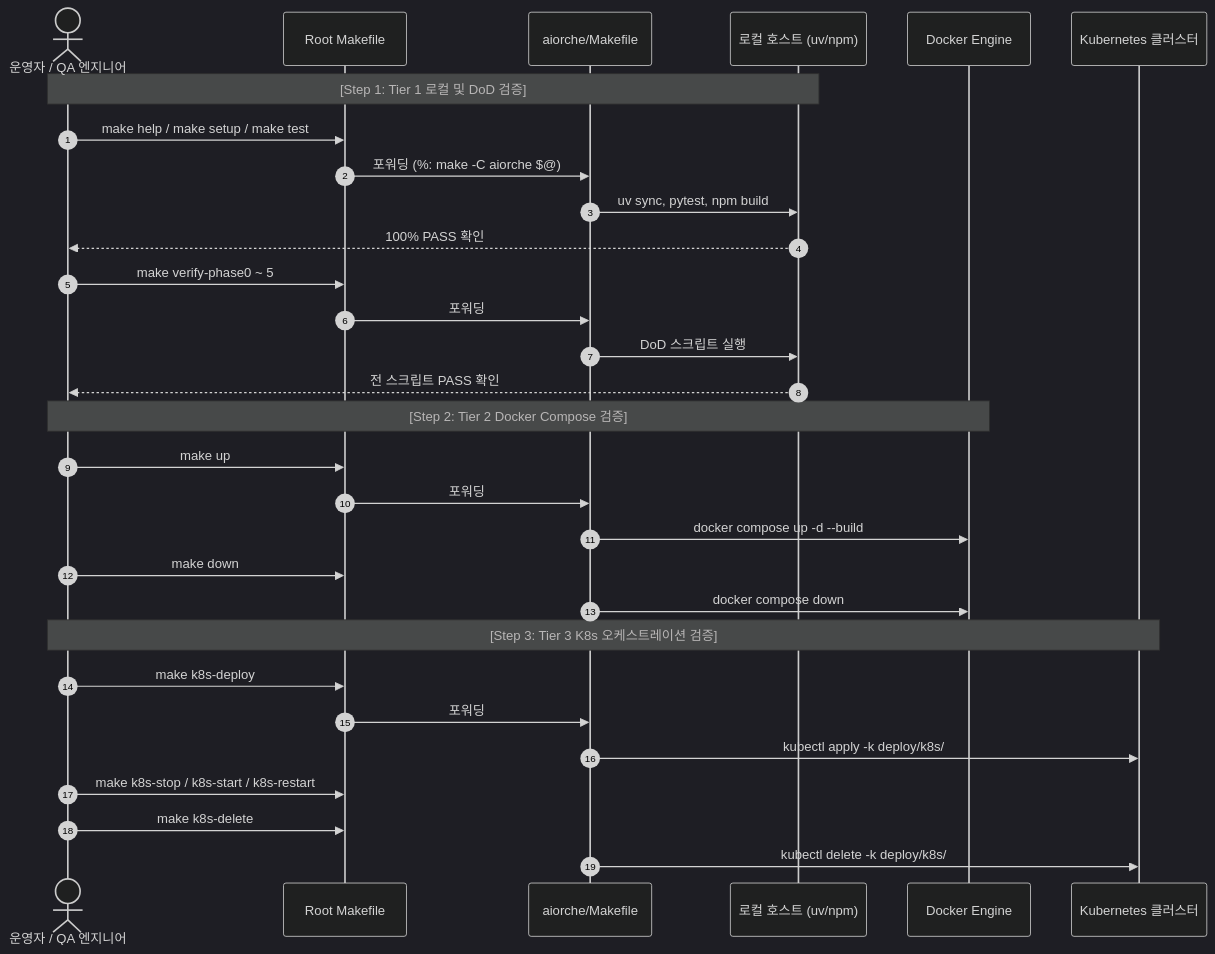
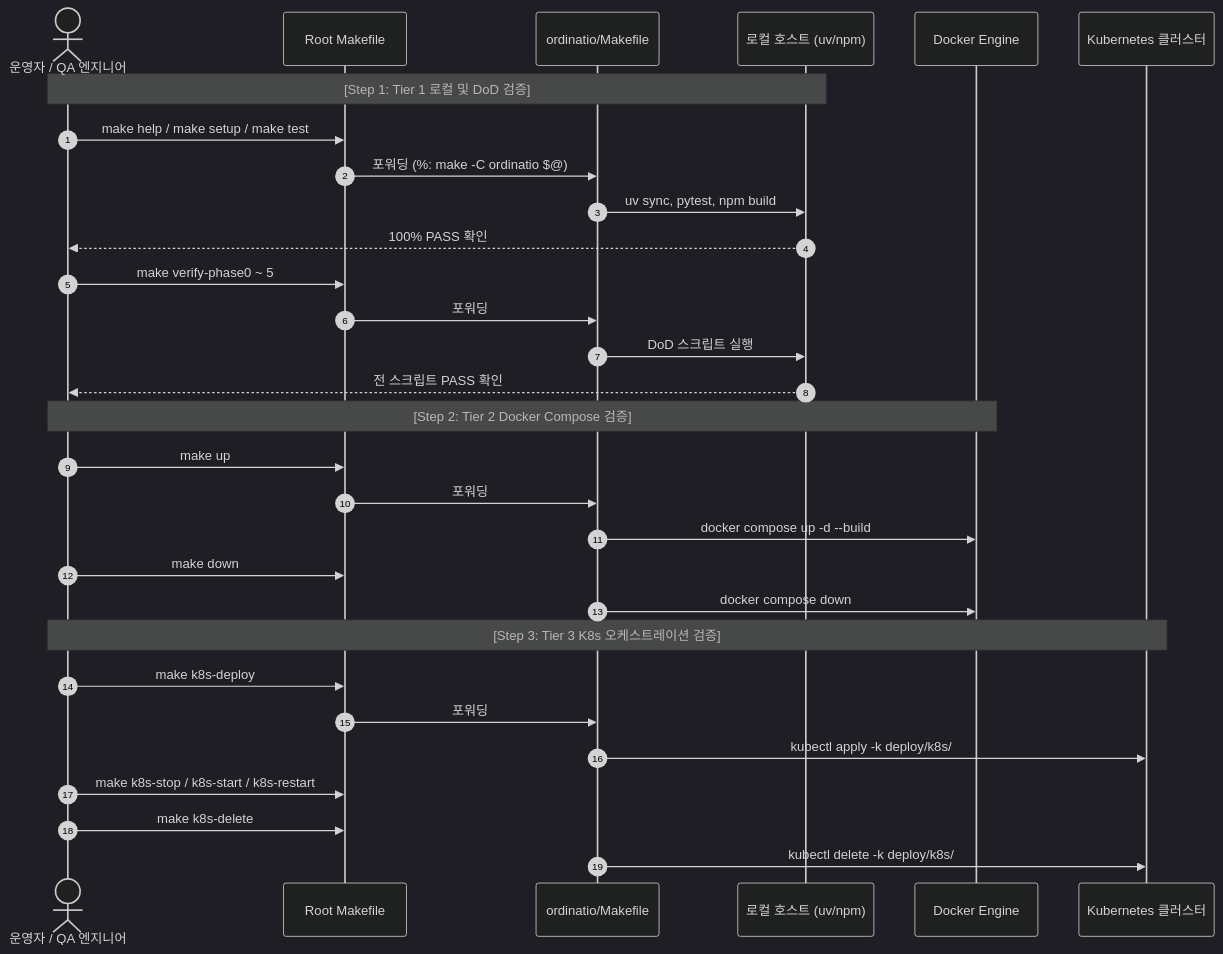
The second of 2 diagrams in architecture/testdocs/PRE_21_make_commands_test_plan.md (keikun80/ordinatio), drawn with Mermaid (dark theme) before and after one commit. The commit also changed other lines of this file and 356 other files, not shown here.

First line of the commit message:
refactor(rebrand): rebrand aiorche to ordinatio across entire codebase

````diff
--- a/architecture/testdocs/PRE_21_make_commands_test_plan.md
+++ b/architecture/testdocs/PRE_21_make_commands_test_plan.md
@@ -295,36 +295,36 @@
 ```mermaid
 sequenceDiagram
     autonumber
     actor Tester as 운영자 / QA 엔지니어
     participant RootMake as Root Makefile
-    participant SubMake as aiorche/Makefile
+    participant SubMake as ordinatio/Makefile
     participant LocalHost as 로컬 호스트 (uv/npm)
     participant Docker as Docker Engine
     participant K8s as Kubernetes 클러스터
 
     Note over Tester,LocalHost: [Step 1: Tier 1 로컬 및 DoD 검증]
     Tester->>RootMake: make help / make setup / make test
-    RootMake->>SubMake: 포워딩 (%: make -C aiorche $@)
+    RootMake->>SubMake: 포워딩 (%: make -C ordinatio $@)
     SubMake->>LocalHost: uv sync, pytest, npm build
     LocalHost-->>Tester: 100% PASS 확인
 
     Tester->>RootMake: make verify-phase0 ~ 5
     RootMake->>SubMake: 포워딩
     SubMake->>LocalHost: DoD 스크립트 실행
     LocalHost-->>Tester: 전 스크립트 PASS 확인
 
     Note over Tester,Docker: [Step 2: Tier 2 Docker Compose 검증]
     Tester->>RootMake: make up
     RootMake->>SubMake: 포워딩
     SubMake->>Docker: docker compose up -d --build
     Tester->>RootMake: make down
     SubMake->>Docker: docker compose down
 
     Note over Tester,K8s: [Step 3: Tier 3 K8s 오케스트레이션 검증]
     Tester->>RootMake: make k8s-deploy
     RootMake->>SubMake: 포워딩
     SubMake->>K8s: kubectl apply -k deploy/k8s/
     Tester->>RootMake: make k8s-stop / k8s-start / k8s-restart
     Tester->>RootMake: make k8s-delete
     SubMake->>K8s: kubectl delete -k deploy/k8s/
 ```
````
